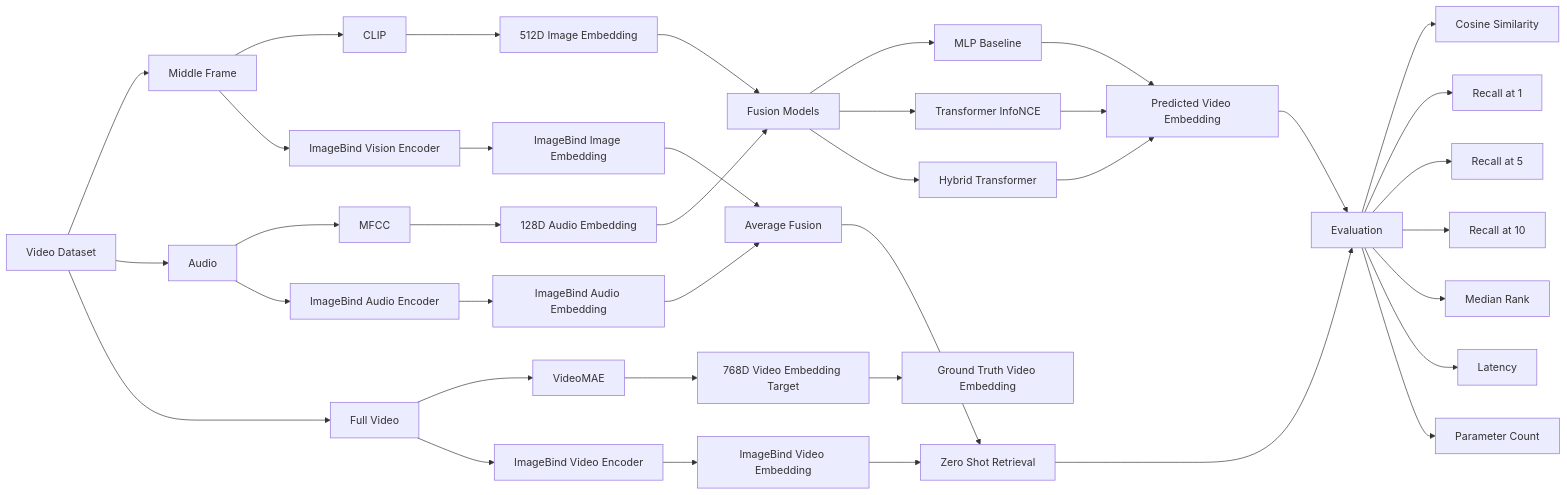
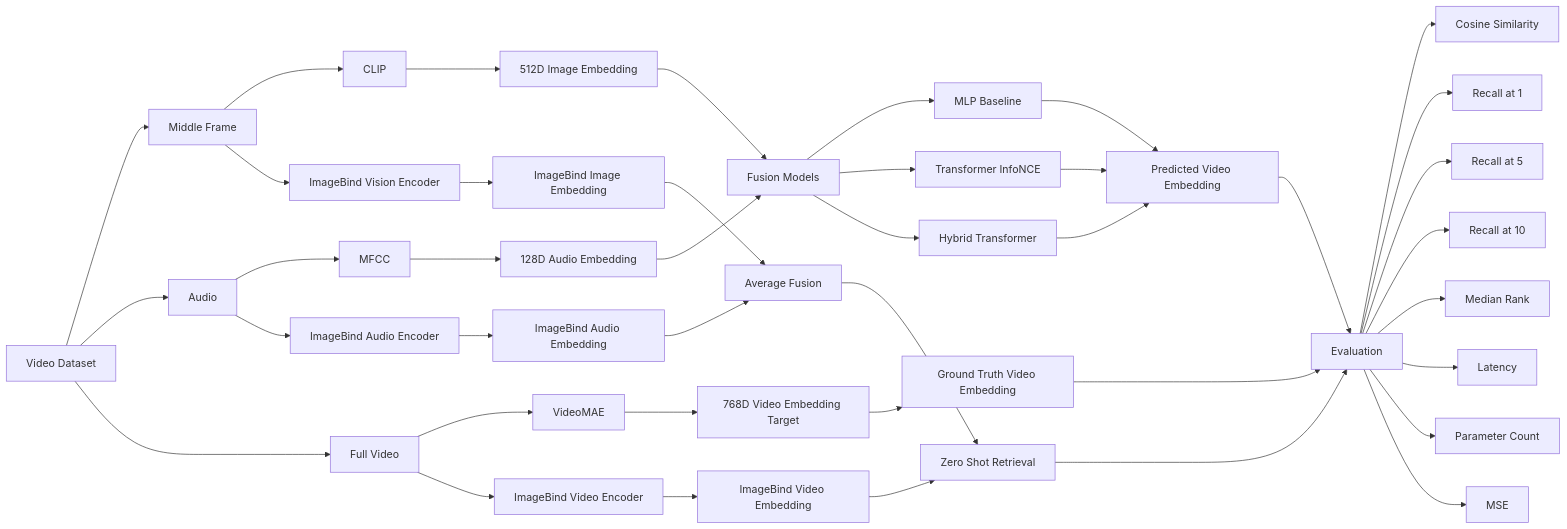
Before and after one commit to Tushika2024/MultiModal_AI: the diagram in README.md, drawn with Mermaid.

````diff
--- a/README.md
+++ b/README.md
@@ -27,64 +27,65 @@
 ```mermaid
 flowchart LR
 
 A[Video Dataset]
 
 A --> B[Middle Frame]
 A --> C[Audio]
 A --> D[Full Video]
 
 %% Proposed Method
 
 B --> E[CLIP]
 C --> F[MFCC]
 D --> G[VideoMAE]
 
 E --> H[512D Image Embedding]
 F --> I[128D Audio Embedding]
 G --> J[768D Video Embedding Target]
 
 H --> K[Fusion Models]
 I --> K
 
 K --> L[MLP Baseline]
 K --> M[Transformer InfoNCE]
 K --> N[Hybrid Transformer]
 
 L --> O[Predicted Video Embedding]
 M --> O
 N --> O
 
 J --> P[Ground Truth Video Embedding]
-
 O --> Q[Evaluation]
+P --> Q
 
 %% ImageBind Baseline
 
 B --> R[ImageBind Vision Encoder]
 C --> S[ImageBind Audio Encoder]
 D --> T[ImageBind Video Encoder]
 
 R --> U[ImageBind Image Embedding]
 S --> V[ImageBind Audio Embedding]
 
 U --> W[Average Fusion]
 V --> W
 
 T --> X[ImageBind Video Embedding]
 
 W --> Y[Zero Shot Retrieval]
 
 X --> Y
 
 Y --> Q
 
 %% Metrics
 
 Q --> AA[Cosine Similarity]
 Q --> AB[Recall at 1]
 Q --> AC[Recall at 5]
 Q --> AD[Recall at 10]
 Q --> AE[Median Rank]
 Q --> AF[Latency]
 Q --> AG[Parameter Count]
+Q --> AH[MSE]
 ```
````
